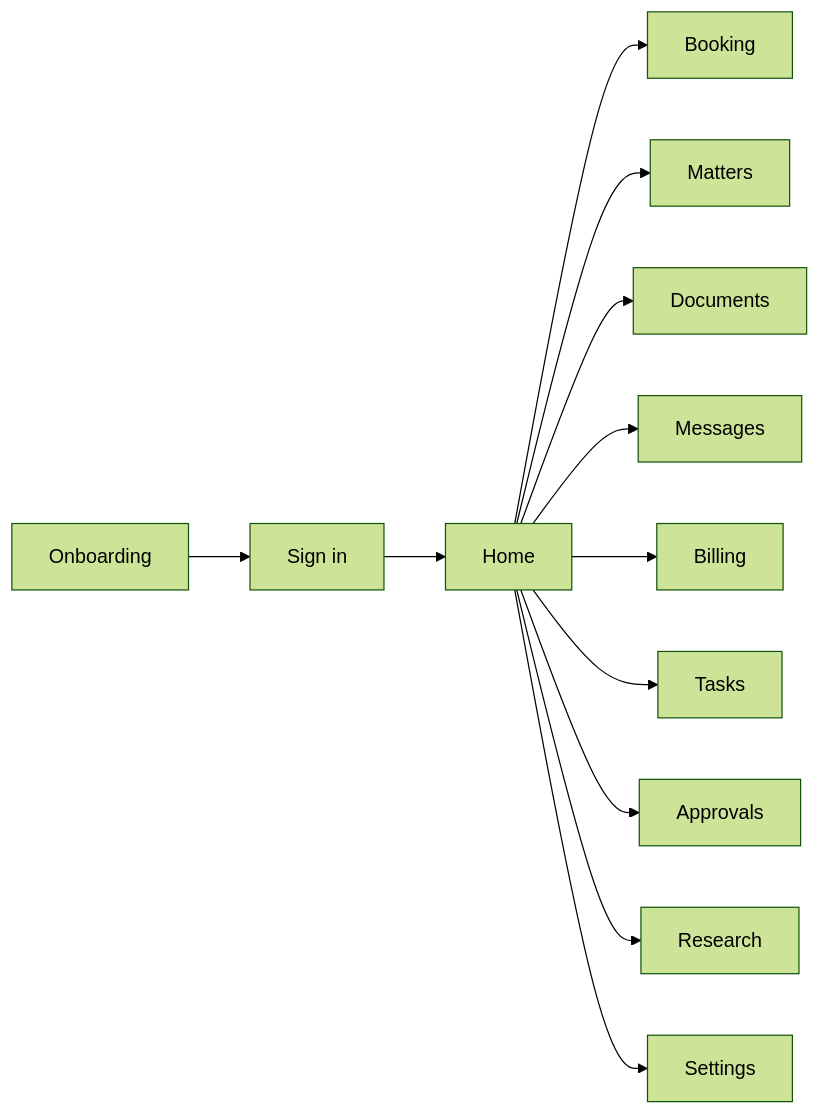
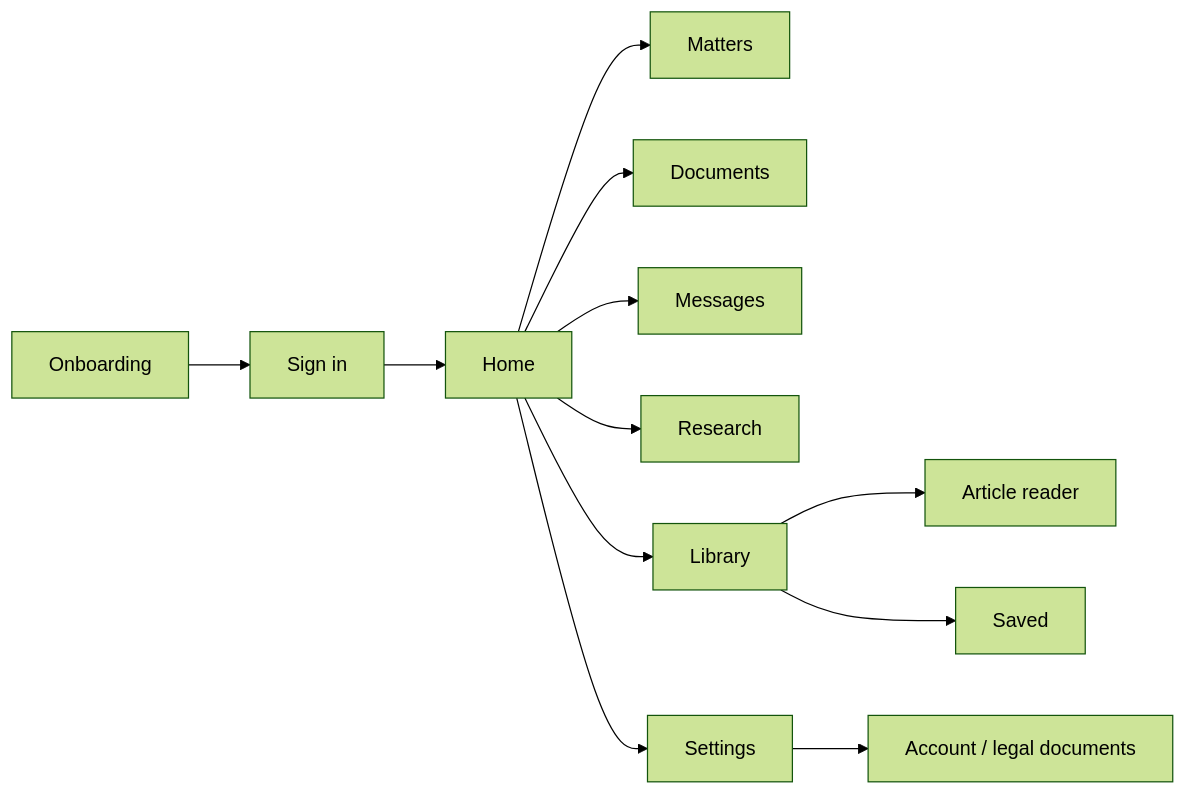
Before and after one commit to mostafasayed118/Law_App: the second of 2 diagrams in README.md, drawn with Mermaid (forest theme). The commit also changed other lines of this file and 1 other file, not shown here.

````diff
--- a/README.md
+++ b/README.md
@@ -56,6 +50,7 @@
 ```mermaid
 flowchart LR
   O[Onboarding] --> SI[Sign in] --> H[Home]
-  H --> BK[Booking] & MT[Matters] & DC[Documents] & MS[Messages]
-  H --> BL[Billing] & TK[Tasks] & AP[Approvals] & RS[Research] & SS[Settings]
+  H --> MT[Matters] & DC[Documents] & MS[Messages] & RS[Research] & LB[Library] & SS[Settings]
+  LB --> LA[Article reader] & LS[Saved]
+  SS --> AC[Account / legal documents]
 ```
````
